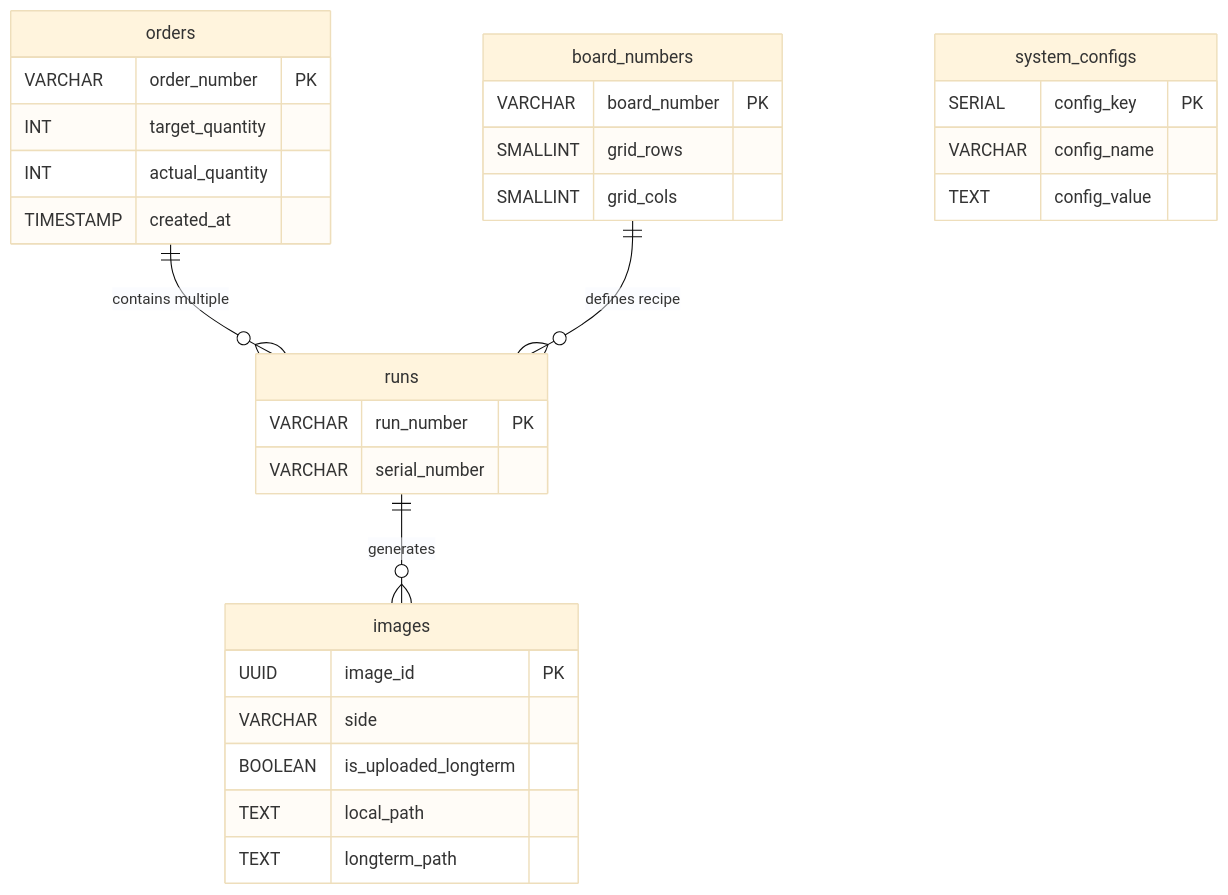
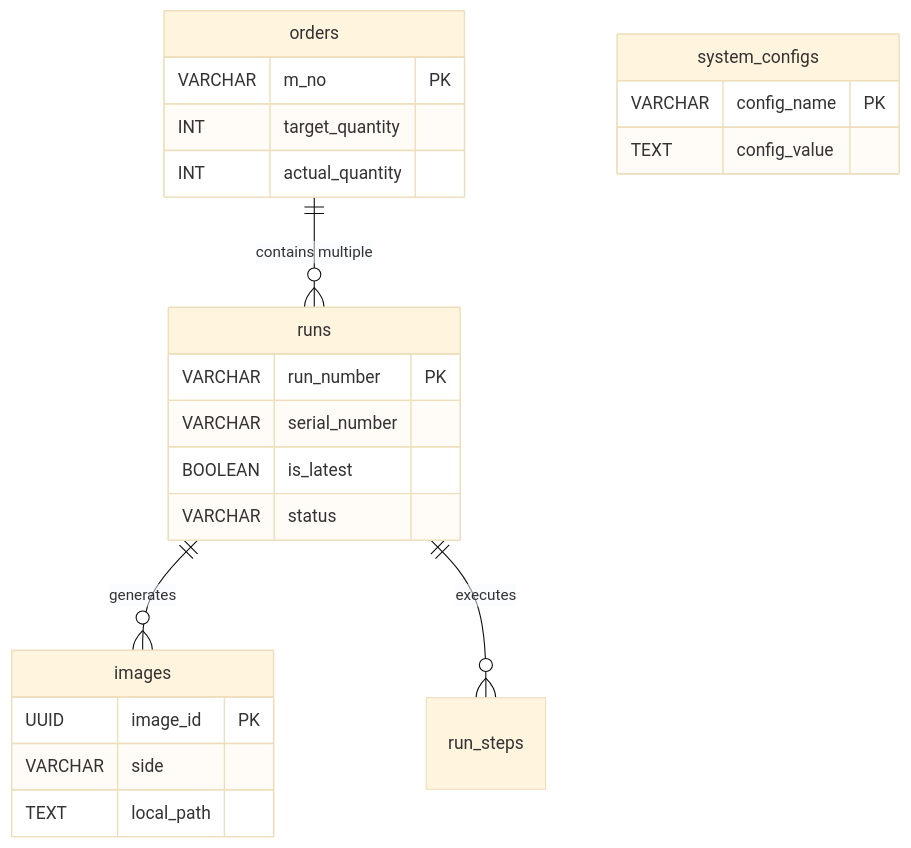
The diagram in docs/EN/DATABASE_SCHEMA.md (MuoiVung/NTUST_AOI), drawn with Mermaid (base theme) before and after one commit. The commit also changed other lines of this file and 12 other files, not shown here.

````diff
--- a/docs/EN/DATABASE_SCHEMA.md
+++ b/docs/EN/DATABASE_SCHEMA.md
@@ -93,34 +87,27 @@
 ```mermaid
 erDiagram
     orders ||--o{ runs : "contains multiple"
-    board_numbers ||--o{ runs : "defines recipe"
     runs ||--o{ images : "generates"
+    runs ||--o{ run_steps : "executes"
     
     orders {
-        VARCHAR order_number PK
+        VARCHAR m_no PK
         INT target_quantity
         INT actual_quantity
-        TIMESTAMP created_at
-    }
-    board_numbers {
-        VARCHAR board_number PK
-        SMALLINT grid_rows
-        SMALLINT grid_cols
     }
     runs {
         VARCHAR run_number PK
         VARCHAR serial_number
+        BOOLEAN is_latest
+        VARCHAR status
     }
     images {
         UUID image_id PK
         VARCHAR side
-        BOOLEAN is_uploaded_longterm
         TEXT local_path
-        TEXT longterm_path
     }
     system_configs {
-        SERIAL config_key PK
-        VARCHAR config_name
+        VARCHAR config_name PK
         TEXT config_value
     }
 ```
````
